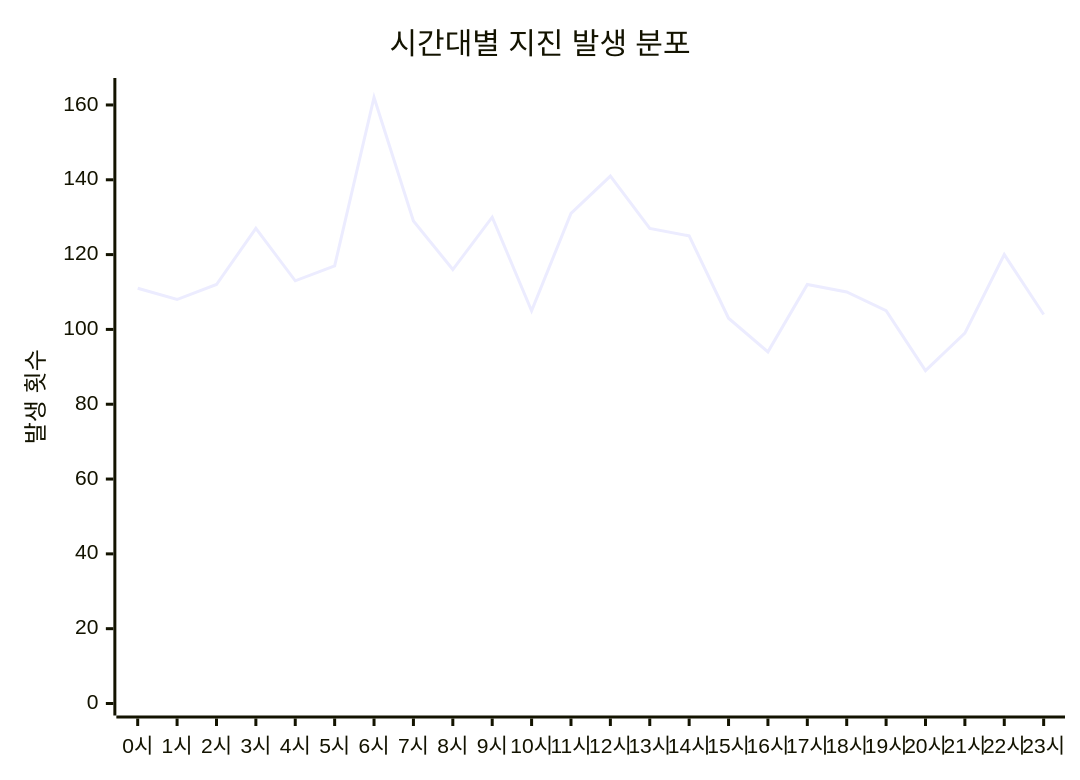
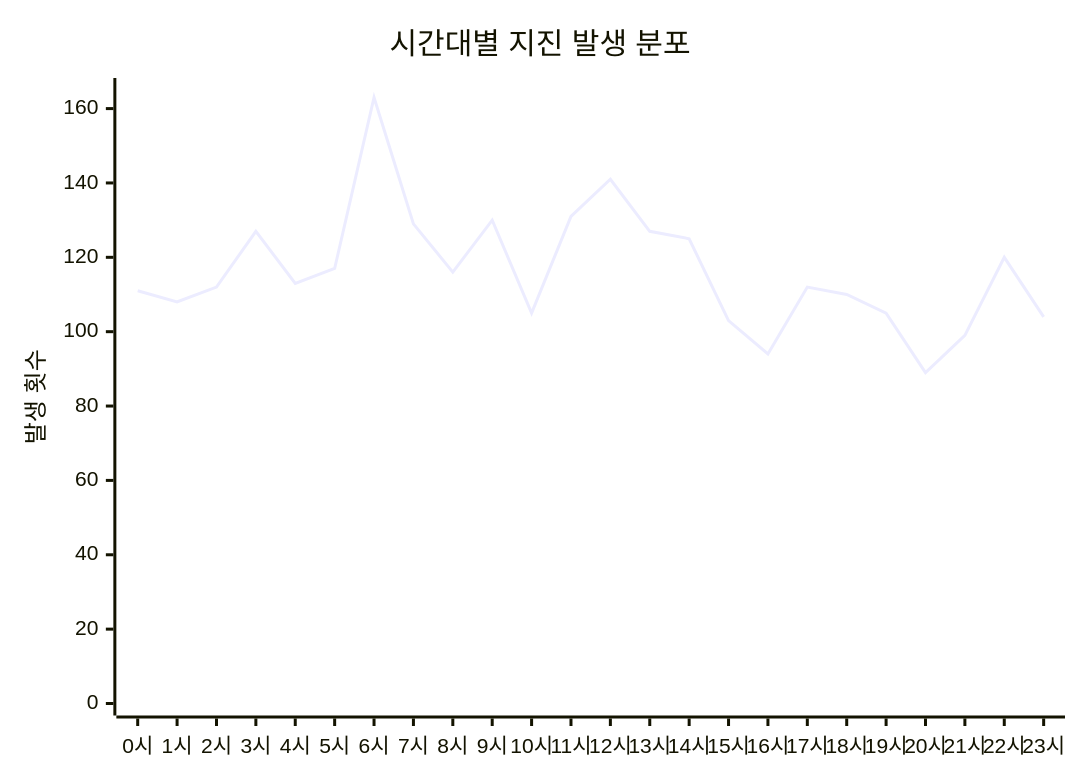
The diagram in charts/time-chart.md (serendip811/japan-eq), drawn with Mermaid before and after one commit. The commit also changed other lines of this file and 5 other files, not shown here.

Commit message:
Update earthquake data and charts Fri Oct 10 07:04:26 UTC 2025

````diff
--- a/charts/time-chart.md
+++ b/charts/time-chart.md
@@ -3,7 +3,7 @@
 ```mermaid
 xychart-beta
     title "시간대별 지진 발생 분포"
     x-axis ["0시", "1시", "2시", "3시", "4시", "5시", "6시", "7시", "8시", "9시", "10시", "11시", "12시", "13시", "14시", "15시", "16시", "17시", "18시", "19시", "20시", "21시", "22시", "23시"]
-    y-axis "발생 횟수" 0 --> 164
-    line [111, 108, 112, 127, 113, 117, 162, 129, 116, 130, 105, 131, 141, 127, 125, 103, 94, 112, 110, 105, 89, 99, 120, 104]
+    y-axis "발생 횟수" 0 --> 165
+    line [111, 108, 112, 127, 113, 117, 163, 129, 116, 130, 105, 131, 141, 127, 125, 103, 94, 112, 110, 105, 89, 99, 120, 104]
 ```
````
